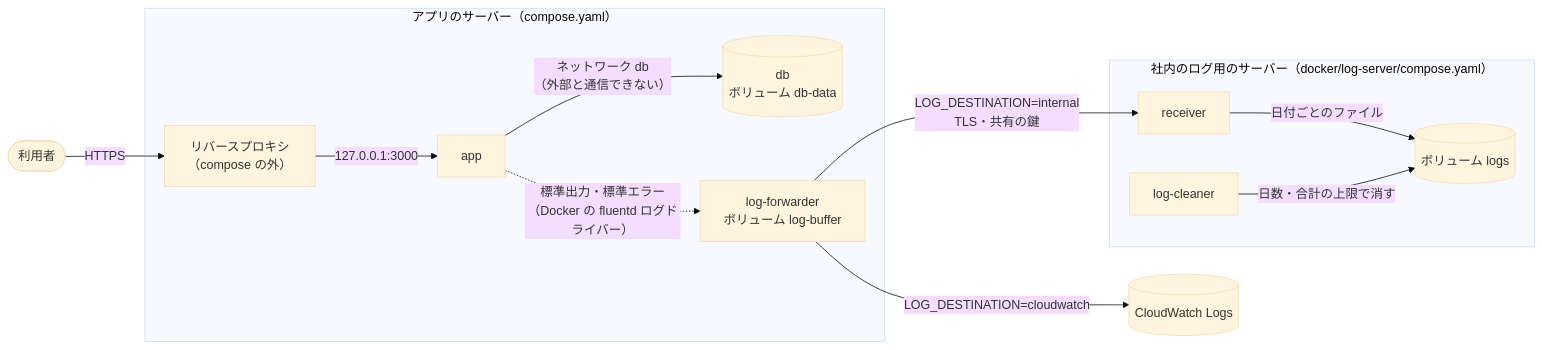
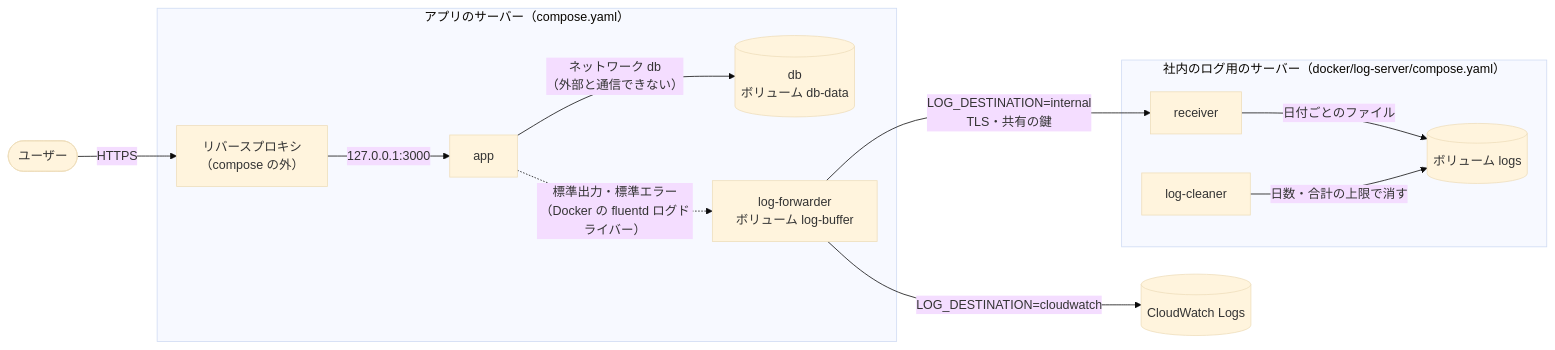
The diagram in README.md (bizhermit/sugumi), drawn with Mermaid (base theme) before and after one commit. The commit also changed other lines of this file and 126 other files, not shown here.

````diff
--- a/README.md
+++ b/README.md
@@ -39,18 +38,18 @@
 ```mermaid
 flowchart LR
-  user(["利用者"]) -->|"HTTPS"| proxy
+  user(["ユーザー"]) -->|"HTTPS"| proxy
 
   subgraph appserver["アプリのサーバー（compose.yaml）"]
     proxy["リバースプロキシ<br>（compose の外）"] -->|"127.0.0.1:3000"| app["app"]
     app -->|"ネットワーク db<br>（外部と通信できない）"| db[("db<br>ボリューム db-data")]
     app -.->|"標準出力・標準エラー<br>（Docker の fluentd ログドライバー）"| fwd["log-forwarder<br>ボリューム log-buffer"]
   end
 
   fwd -->|"LOG_DESTINATION=cloudwatch"| cw[("CloudWatch Logs")]
   fwd -->|"LOG_DESTINATION=internal<br>TLS・共有の鍵"| receiver
 
   subgraph logserver["社内のログ用のサーバー（docker/log-server/compose.yaml）"]
     receiver["receiver"] -->|"日付ごとのファイル"| logs[("ボリューム logs")]
     cleaner["log-cleaner"] -->|"日数・合計の上限で消す"| logs
   end
 ```
````
